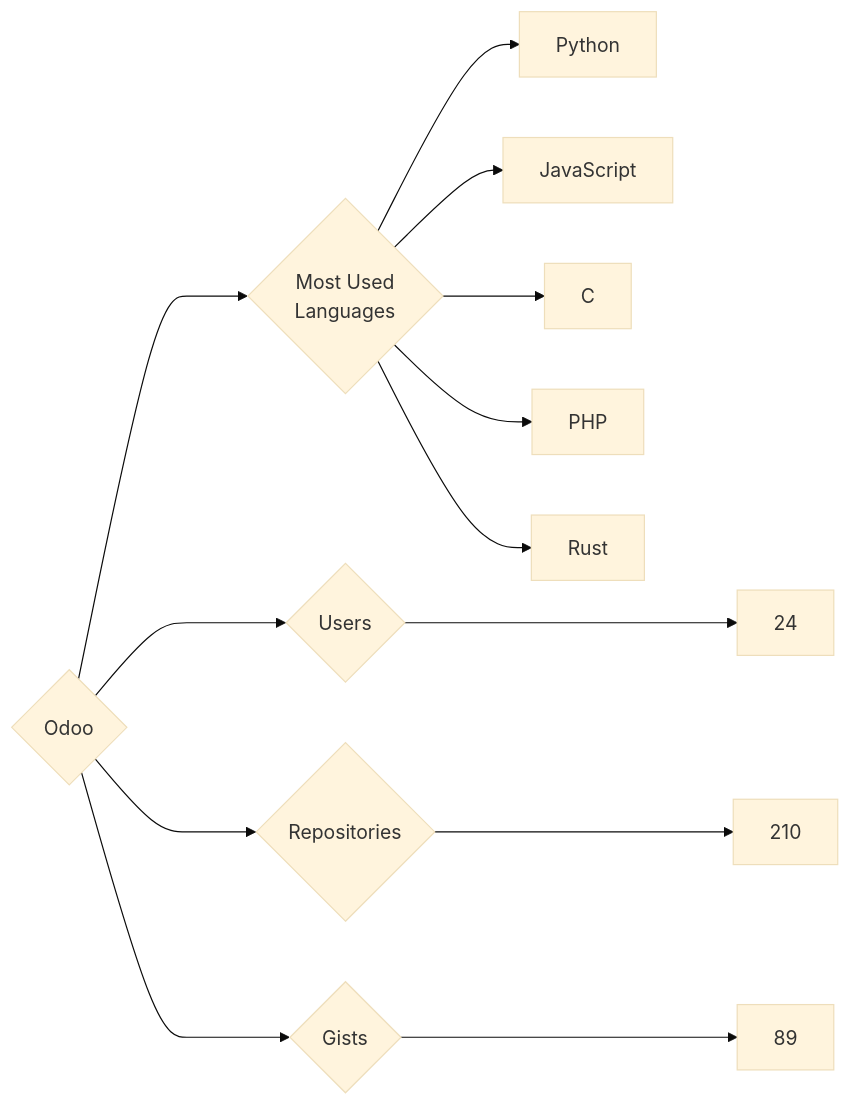
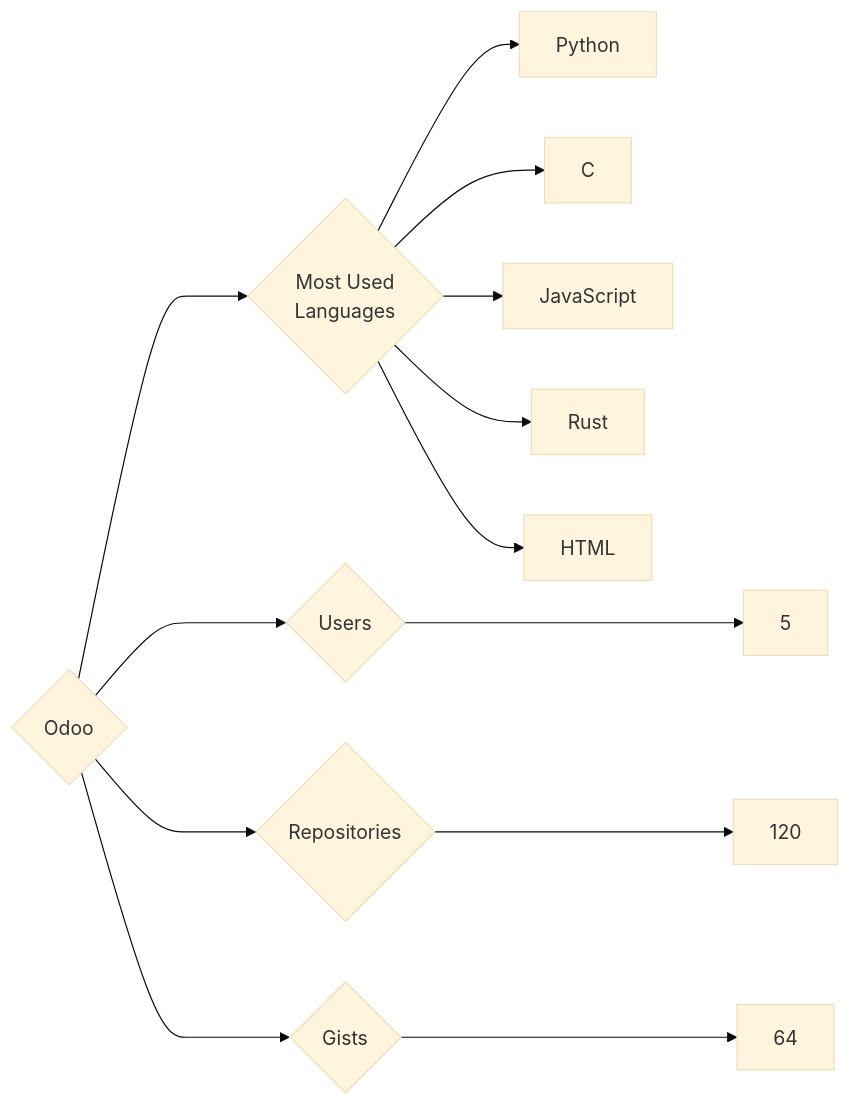
The diagram in targets/Odoo/README.md (trickest/insiders), drawn with Mermaid (base theme) before and after one commit. The commit also changed 955 other files, not shown here.

````diff
--- a/targets/Odoo/README.md
+++ b/targets/Odoo/README.md
@@ -3,13 +3,13 @@
 ```mermaid
 graph LR
 COMPANY_NAME{Odoo}
-COMPANY_NAME ---> U{Users} ---> UN[24]
-COMPANY_NAME ---> R{Repositories} ---> RN[210]
-COMPANY_NAME ---> G{Gists} ---> GN[89]
+COMPANY_NAME ---> U{Users} ---> UN[5]
+COMPANY_NAME ---> R{Repositories} ---> RN[120]
+COMPANY_NAME ---> G{Gists} ---> GN[64]
 COMPANY_NAME ---> ML{Most Used<br>Languages}
 ML --> Python[Python]
+ML --> C[C]
 ML --> JavaScript[JavaScript]
-ML --> C[C]
-ML --> PHP[PHP]
 ML --> Rust[Rust]
+ML --> HTML[HTML]
 ```
````
